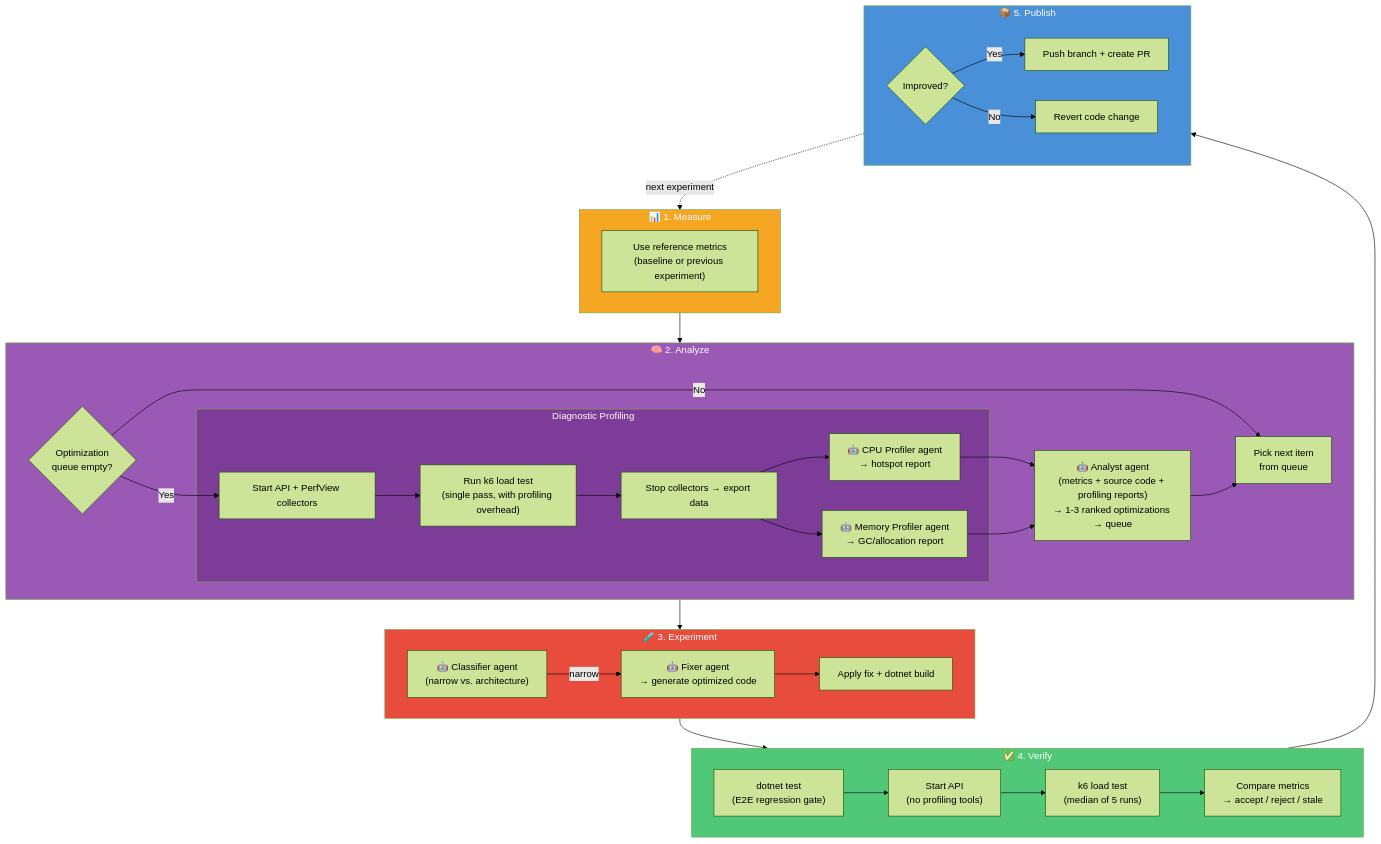
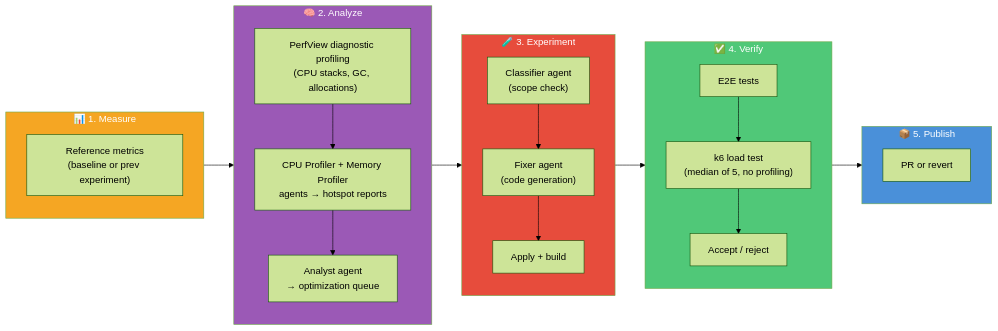
One commit to J-Bax/Hone changed the first of 2 diagrams in docs/architecture.md. Above: the diagram before and after it, drawn with Mermaid (forest theme). The commit also changed other lines of this file, not shown here.

Commit message:
docs: simplify architecture diagram to component view
Replace detailed algorithm flowchart with clean left-to-right
component diagram showing key tools/agents in each phase without
branching logic or conditional paths. Keep the comparison table
and queue-driven analysis explanation as prose below.

````diff
--- a/docs/architecture.md
+++ b/docs/architecture.md
@@ -25,54 +25,41 @@
 ```mermaid
-flowchart TD
+flowchart LR
     subgraph MEASURE["📊 1. Measure"]
-        M1["Use reference metrics<br/>(baseline or previous experiment)"]
+        direction TB
+        M1["Reference metrics<br/>(baseline or prev experiment)"]
     end
 
     subgraph ANALYZE["🧠 2. Analyze"]
-        AQ{"Optimization<br/>queue empty?"}
-        AQ -->|No| ASKIP["Pick next item<br/>from queue"]
-        AQ -->|Yes| ADIAG
-
-        subgraph DIAG["Diagnostic Profiling"]
-            ADIAG["Start API + PerfView collectors"]
-            ADIAG --> AK6["Run k6 load test<br/>(single pass, with profiling overhead)"]
-            AK6 --> ASTOP["Stop collectors → export data"]
-            ASTOP --> ACPU["🤖 CPU Profiler agent<br/>→ hotspot report"]
-            ASTOP --> AMEM["🤖 Memory Profiler agent<br/>→ GC/allocation report"]
-        end
-
-        ACPU --> AANALYST
-        AMEM --> AANALYST
-        AANALYST["🤖 Analyst agent<br/>(metrics + source code + profiling reports)<br/>→ 1-3 ranked optimizations → queue"]
-        AANALYST --> ASKIP
+        direction TB
+        A1["PerfView diagnostic profiling<br/>(CPU stacks, GC, allocations)"]
+        A1 --> A2["CPU Profiler + Memory Profiler<br/>agents → hotspot reports"]
+        A2 --> A3["Analyst agent<br/>→ optimization queue"]
     end
 
     subgraph EXPERIMENT["🧪 3. Experiment"]
-        E1["🤖 Classifier agent<br/>(narrow vs. architecture)"]
-        E1 -->|narrow| E2["🤖 Fixer agent<br/>→ generate optimized code"]
-        E2 --> E3["Apply fix + dotnet build"]
+        direction TB
+        E1["Classifier agent<br/>(scope check)"]
+        E1 --> E2["Fixer agent<br/>(code generation)"]
+        E2 --> E3["Apply + build"]
     end
 
     subgraph VERIFY["✅ 4. Verify"]
-        V1["dotnet test<br/>(E2E regression gate)"]
-        V1 --> V2["Start API<br/>(no profiling tools)"]
-        V2 --> V3["k6 load test<br/>(median of 5 runs)"]
-        V3 --> V4["Compare metrics<br/>→ accept / reject / stale"]
+        direction TB
+        V1["E2E tests"]
+        V1 --> V2["k6 load test<br/>(median of 5, no profiling)"]
+        V2 --> V3["Accept / reject"]
     end
 
     subgraph PUBLISH["📦 5. Publish"]
-        P1{"Improved?"}
-        P1 -->|Yes| P2["Push branch + create PR"]
-        P1 -->|No| P3["Revert code change"]
+        direction TB
+        P1["PR or revert"]
     end
 
     MEASURE --> ANALYZE --> EXPERIMENT --> VERIFY --> PUBLISH
-    PUBLISH -.->|"next experiment"| MEASURE
 
     style MEASURE fill:#f5a623,color:#fff
     style ANALYZE fill:#9b59b6,color:#fff
-    style DIAG fill:#7d3c98,color:#fff
     style EXPERIMENT fill:#e74c3c,color:#fff
     style VERIFY fill:#50c878,color:#fff
     style PUBLISH fill:#4a90d9,color:#fff
 ```
````
